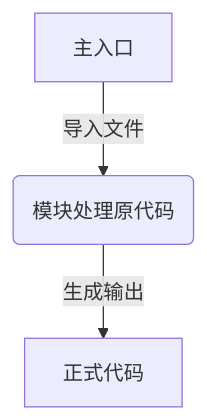
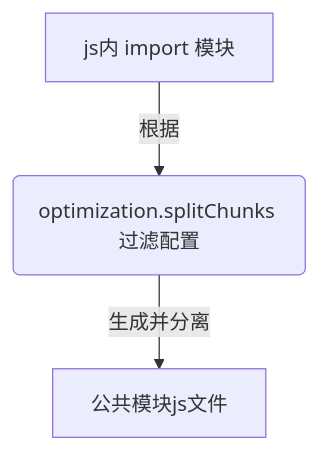
Before and after one commit to zjslqshqz/basicProjectTools: the second of 3 diagrams in webpack 总结.md, drawn with Mermaid. The commit also changed other lines of this file and 1 other file, not shown here.

````diff
--- a/webpack 总结.md
+++ b/webpack 总结.md
@@ -8,5 +43,5 @@
 ```mermaid
 graph TD
-    A[主入口] -->|导入文件| B(模块处理原代码)
-    B -->|生成输出| C[正式代码]
+    A[js内 import 模块] --> |根据|B(optimization.splitChunks 过滤配置)
+    B --> |生成并分离|C[公共模块js文件]
 ```
````
